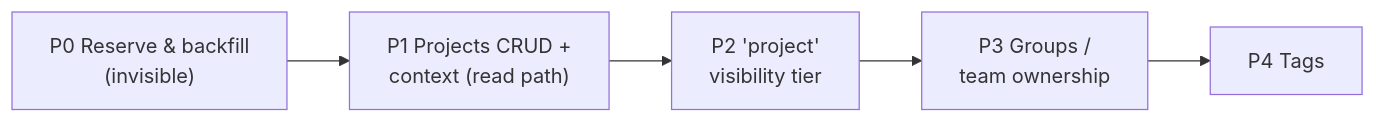
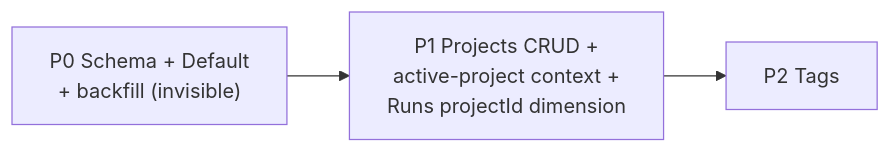
One commit to Gile987/scope changed the third of 3 diagrams in docs/architecture/data-organization.md. Above: the diagram before and after it, drawn with Mermaid. The commit also changed other lines of this file, not shown here.

````diff
--- a/docs/architecture/data-organization.md
+++ b/docs/architecture/data-organization.md
@@ -523,7 +399,5 @@
 ```mermaid
 flowchart LR
-    P0["P0 Reserve & backfill<br/>(invisible)"] --> P1["P1 Projects CRUD +<br/>context (read path)"]
-    P1 --> P2["P2 'project'<br/>visibility tier"]
-    P2 --> P3["P3 Groups /<br/>team ownership"]
-    P3 --> P4["P4 Tags"]
+    P0["P0 Schema + Default<br/>+ backfill (invisible)"] --> P1["P1 Projects CRUD +<br/>active-project context +<br/>Runs projectId dimension"]
+    P1 --> P2["P2 Tags"]
 ```
````
